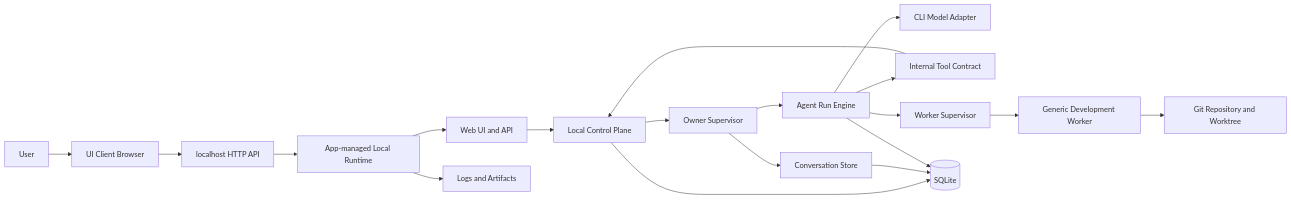
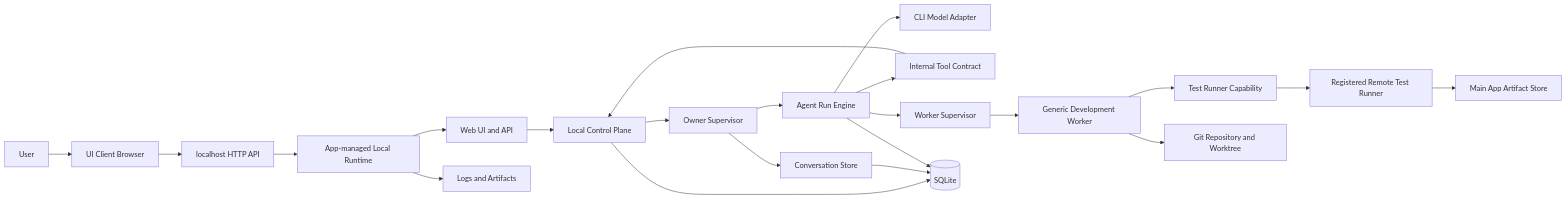
The first of 2 diagrams in 02 Architecture/System Context.md (powerpunch080403/ai-development-platform-design), drawn with Mermaid before and after one commit. The commit also changed other lines of this file and 8 other files, not shown here.

Commit message:
docs: define remote test runner worker capability

````diff
--- a/02 Architecture/System Context.md
+++ b/02 Architecture/System Context.md
@@ -25,21 +26,24 @@
 ```mermaid
 flowchart LR
     User[User] --> Browser["UI Client Browser"]
     Browser --> Transport["localhost HTTP API"]
     Transport --> PPS["App-managed Local Runtime"]
     PPS --> Web["Web UI and API"]
     Web --> LCP[Local Control Plane]
     LCP --> OwnerSupervisor[Owner Supervisor]
     OwnerSupervisor --> ConversationStore[Conversation Store]
     OwnerSupervisor --> RunEngine[Agent Run Engine]
     RunEngine --> CLI["CLI Model Adapter"]
     RunEngine --> Tools["Internal Tool Contract"]
     Tools --> LCP
     RunEngine --> Supervisor[Worker Supervisor]
     Supervisor --> Worker["Generic Development Worker"]
+    Worker --> Capability["Test Runner Capability"]
+    Capability --> Runner["Registered Remote Test Runner"]
+    Runner --> Artifacts["Main App Artifact Store"]
     LCP --> LocalSQLite[(SQLite)]
     ConversationStore --> LocalSQLite
     RunEngine --> LocalSQLite
     Worker --> Workspace["Git Repository and Worktree"]
     PPS --> Logs["Logs and Artifacts"]
 ```
````
